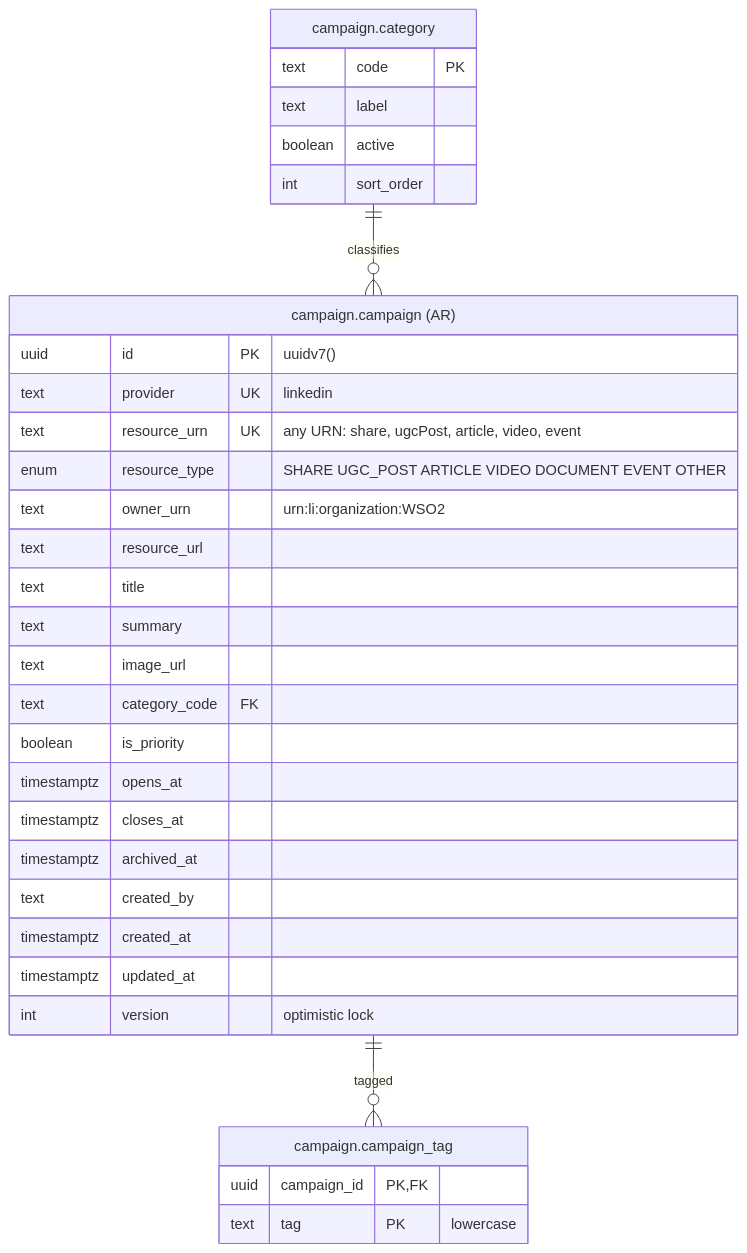
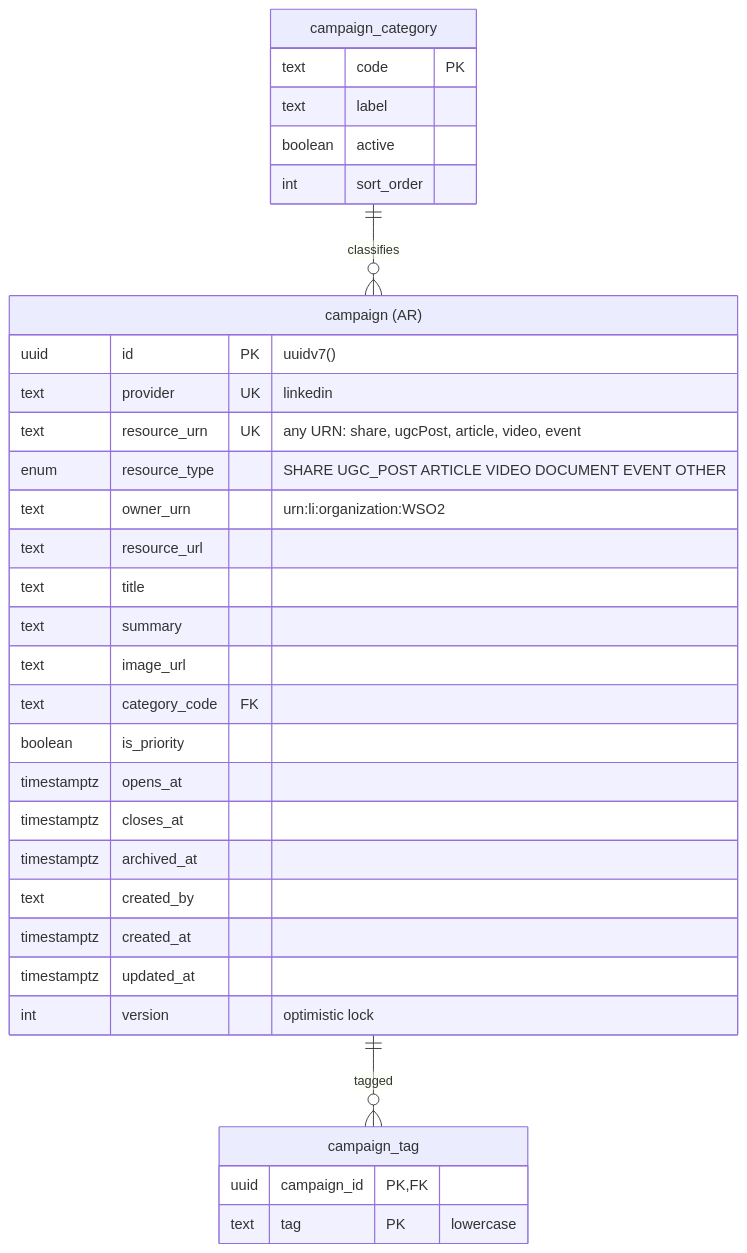
The third of 10 diagrams in apps/amplify/amplify-database/README.md (BechtelCanDoIt/marketing-tools), drawn with Mermaid before and after one commit. The commit also changed other lines of this file and 170 other files, not shown here.

````diff
--- a/apps/amplify/amplify-database/README.md
+++ b/apps/amplify/amplify-database/README.md
@@ -200,36 +200,36 @@
 ```mermaid
 erDiagram
-    CATEGORY["campaign.category"] {
+    CATEGORY["campaign_category"] {
         text code PK
         text label
         boolean active
         int sort_order
     }
-    CAMPAIGN["campaign.campaign (AR)"] {
+    CAMPAIGN["campaign (AR)"] {
         uuid id PK "uuidv7()"
         text provider UK "linkedin"
         text resource_urn UK "any URN: share, ugcPost, article, video, event"
         enum resource_type "SHARE UGC_POST ARTICLE VIDEO DOCUMENT EVENT OTHER"
         text owner_urn "urn:li:organization:WSO2"
         text resource_url
         text title
         text summary
         text image_url
         text category_code FK
         boolean is_priority
         timestamptz opens_at
         timestamptz closes_at
         timestamptz archived_at
         text created_by
         timestamptz created_at
         timestamptz updated_at
         int version "optimistic lock"
     }
-    CAMPAIGN_TAG["campaign.campaign_tag"] {
+    CAMPAIGN_TAG["campaign_tag"] {
         uuid campaign_id PK, FK
         text tag PK "lowercase"
     }
 
     CATEGORY ||--o{ CAMPAIGN : "classifies"
     CAMPAIGN ||--o{ CAMPAIGN_TAG : "tagged"
 ```
````
